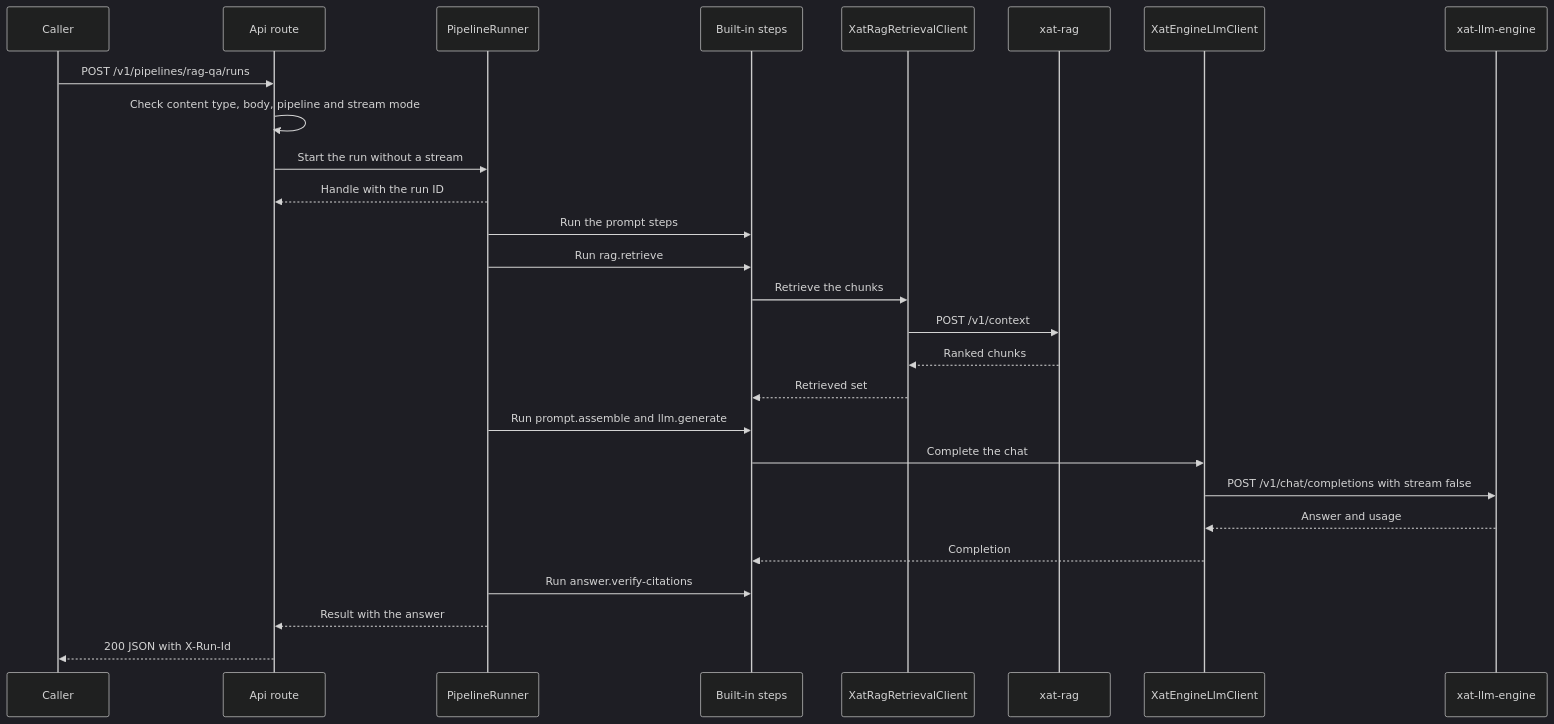
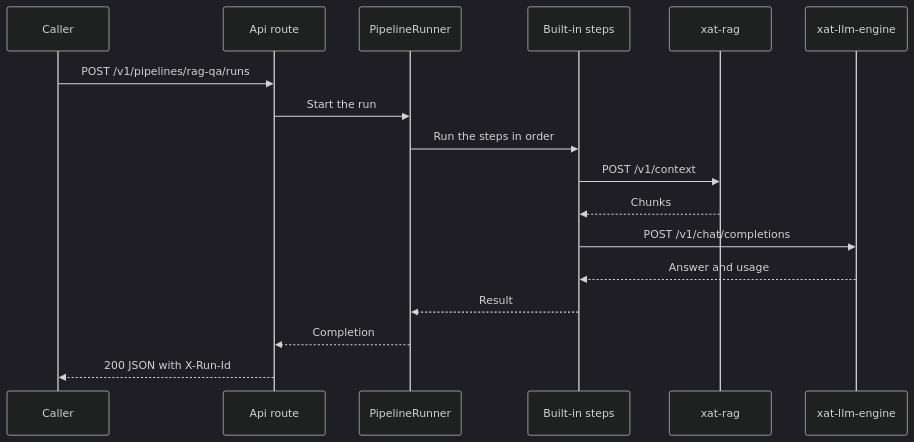
One commit to xatcap/xat-workflow-orchestrator changed the first of 2 diagrams in docs/architecture.md. Above: the diagram before and after it, drawn with Mermaid (dark theme). The commit also changed other lines of this file and 193 other files, not shown here.

````diff
--- a/docs/architecture.md
+++ b/docs/architecture.md
@@ -153,30 +90,20 @@
 ```mermaid
 sequenceDiagram
     participant Caller
-    participant Api as Api route
+    participant Route as Api route
     participant Runner as PipelineRunner
-    participant Step as Built-in steps
-    participant RagAdapter as XatRagRetrievalClient
+    participant Steps as Built-in steps
     participant Rag as xat-rag
-    participant LlmAdapter as XatEngineLlmClient
     participant Llm as xat-llm-engine
 
-    Caller->>Api: POST /v1/pipelines/rag-qa/runs
-    Api->>Api: Check content type, body, pipeline and stream mode
-    Api->>Runner: Start the run without a stream
-    Runner-->>Api: Handle with the run ID
-    Runner->>Step: Run the prompt steps
-    Runner->>Step: Run rag.retrieve
-    Step->>RagAdapter: Retrieve the chunks
-    RagAdapter->>Rag: POST /v1/context
-    Rag-->>RagAdapter: Ranked chunks
-    RagAdapter-->>Step: Retrieved set
-    Runner->>Step: Run prompt.assemble and llm.generate
-    Step->>LlmAdapter: Complete the chat
-    LlmAdapter->>Llm: POST /v1/chat/completions with stream false
-    Llm-->>LlmAdapter: Answer and usage
-    LlmAdapter-->>Step: Completion
-    Runner->>Step: Run answer.verify-citations
-    Runner-->>Api: Result with the answer
-    Api-->>Caller: 200 JSON with X-Run-Id
+    Caller->>Route: POST /v1/pipelines/rag-qa/runs
+    Route->>Runner: Start the run
+    Runner->>Steps: Run the steps in order
+    Steps->>Rag: POST /v1/context
+    Rag-->>Steps: Chunks
+    Steps->>Llm: POST /v1/chat/completions
+    Llm-->>Steps: Answer and usage
+    Steps-->>Runner: Result
+    Runner-->>Route: Completion
+    Route-->>Caller: 200 JSON with X-Run-Id
 ```
````
